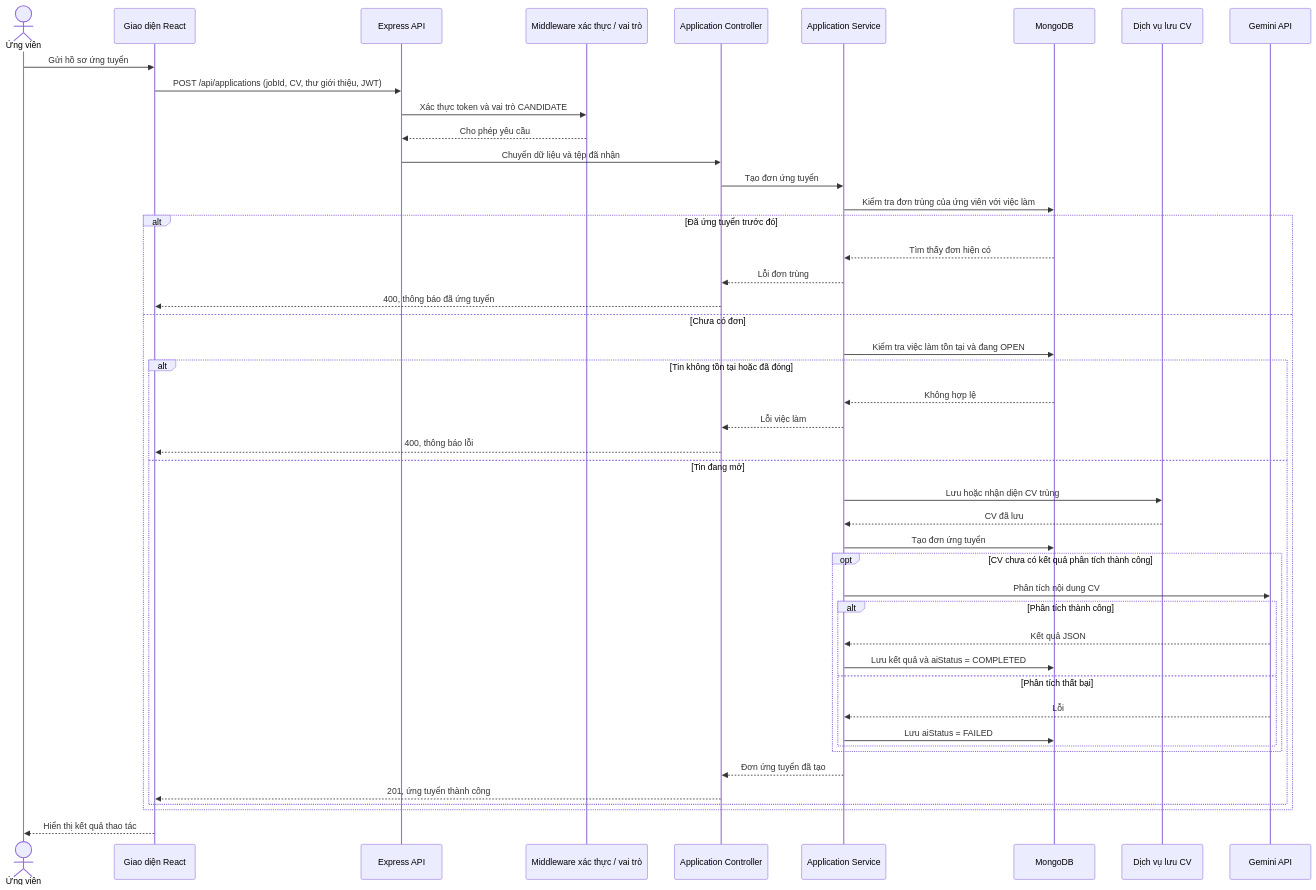
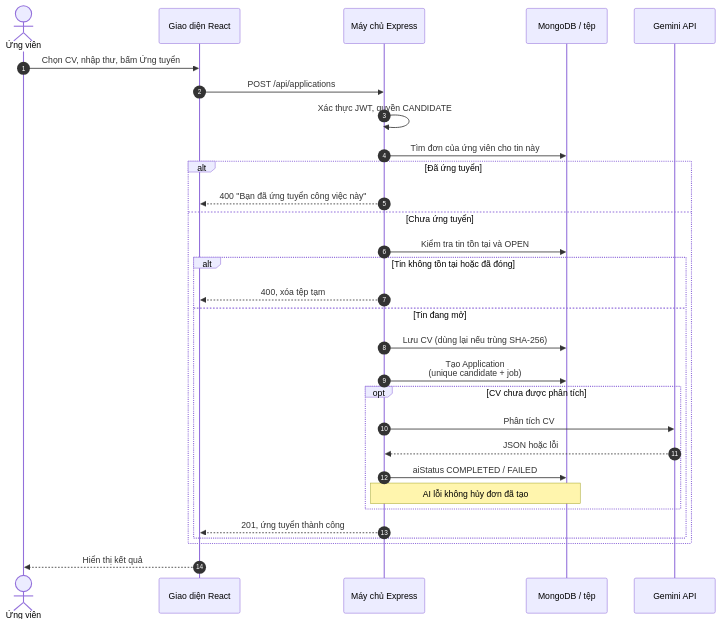
One commit to GiaHuy0507/-n-t-t-nghi-p changed the sixth of 15 diagrams in BAO_CAO_DO_AN.md. Above: the diagram before and after it, drawn with Mermaid. The commit also changed other lines of this file and 2 other files, not shown here.

````diff
--- a/BAO_CAO_DO_AN.md
+++ b/BAO_CAO_DO_AN.md
@@ -368,49 +499,32 @@
 ```mermaid
 sequenceDiagram
+  autonumber
   actor C as Ứng viên
   participant UI as Giao diện React
-  participant API as Express API
-  participant Auth as Middleware xác thực / vai trò
-  participant Controller as Application Controller
-  participant Service as Application Service
-  participant DB as MongoDB
-  participant CVStore as Dịch vụ lưu CV
-  participant AI as Gemini API
-
-  C->>UI: Gửi hồ sơ ứng tuyển
-  UI->>API: POST /api/applications (jobId, CV, thư giới thiệu, JWT)
-  API->>Auth: Xác thực token và vai trò CANDIDATE
-  Auth-->>API: Cho phép yêu cầu
-  API->>Controller: Chuyển dữ liệu và tệp đã nhận
-  Controller->>Service: Tạo đơn ứng tuyển
-  Service->>DB: Kiểm tra đơn trùng của ứng viên với việc làm
-  alt Đã ứng tuyển trước đó
-    DB-->>Service: Tìm thấy đơn hiện có
-    Service-->>Controller: Lỗi đơn trùng
-    Controller-->>UI: 400, thông báo đã ứng tuyển
-  else Chưa có đơn
-    Service->>DB: Kiểm tra việc làm tồn tại và đang OPEN
+  participant API as Máy chủ Express
+  participant DB as MongoDB / tệp
+  participant G as Gemini API
+  C->>UI: Chọn CV, nhập thư, bấm Ứng tuyển
+  UI->>API: POST /api/applications
+  API->>API: Xác thực JWT, quyền CANDIDATE
+  API->>DB: Tìm đơn của ứng viên cho tin này
+  alt Đã ứng tuyển
+    API-->>UI: 400 "Bạn đã ứng tuyển công việc này"
+  else Chưa ứng tuyển
+    API->>DB: Kiểm tra tin tồn tại và OPEN
     alt Tin không tồn tại hoặc đã đóng
-      DB-->>Service: Không hợp lệ
-      Service-->>Controller: Lỗi việc làm
-      Controller-->>UI: 400, thông báo lỗi
+      API-->>UI: 400, xóa tệp tạm
     else Tin đang mở
-      Service->>CVStore: Lưu hoặc nhận diện CV trùng
-      CVStore-->>Service: CV đã lưu
-      Service->>DB: Tạo đơn ứng tuyển
-      opt CV chưa có kết quả phân tích thành công
-        Service->>AI: Phân tích nội dung CV
-        alt Phân tích thành công
-          AI-->>Service: Kết quả JSON
-          Service->>DB: Lưu kết quả và aiStatus = COMPLETED
-        else Phân tích thất bại
-          AI-->>Service: Lỗi
-          Service->>DB: Lưu aiStatus = FAILED
-        end
+      API->>DB: Lưu CV (dùng lại nếu trùng SHA-256)
+      API->>DB: Tạo Application<br/>(unique candidate + job)
+      opt CV chưa được phân tích
+        API->>G: Phân tích CV
+        G-->>API: JSON hoặc lỗi
+        API->>DB: aiStatus COMPLETED / FAILED
+        Note over API,DB: AI lỗi không hủy đơn đã tạo
       end
-      Service-->>Controller: Đơn ứng tuyển đã tạo
-      Controller-->>UI: 201, ứng tuyển thành công
+      API-->>UI: 201, ứng tuyển thành công
     end
   end
-  UI-->>C: Hiển thị kết quả thao tác
+  UI-->>C: Hiển thị kết quả
 ```
````
